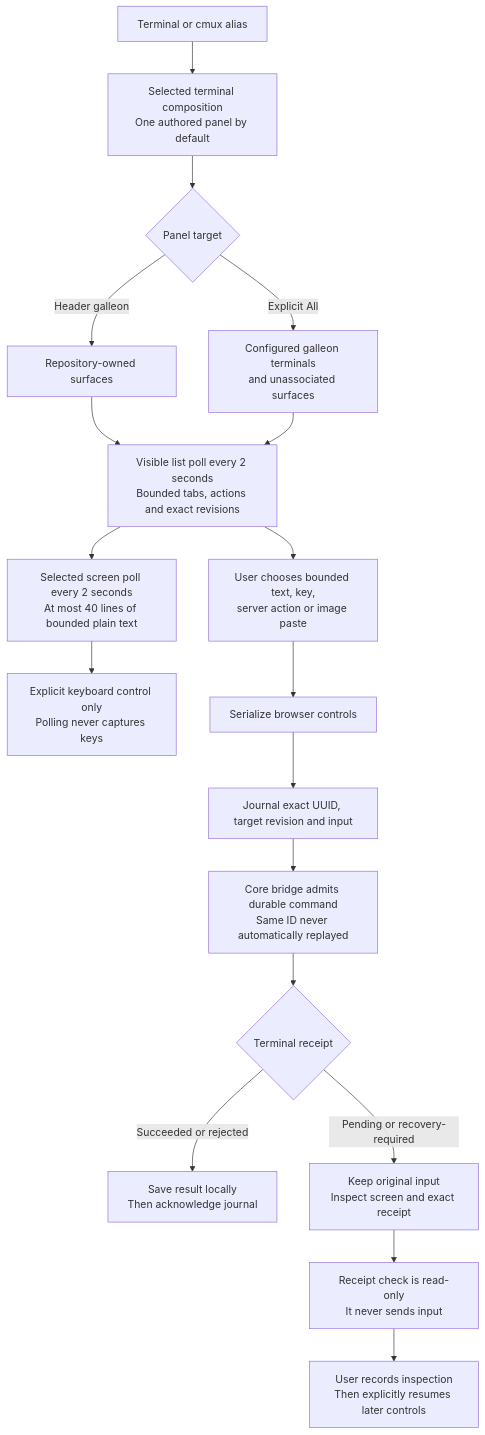
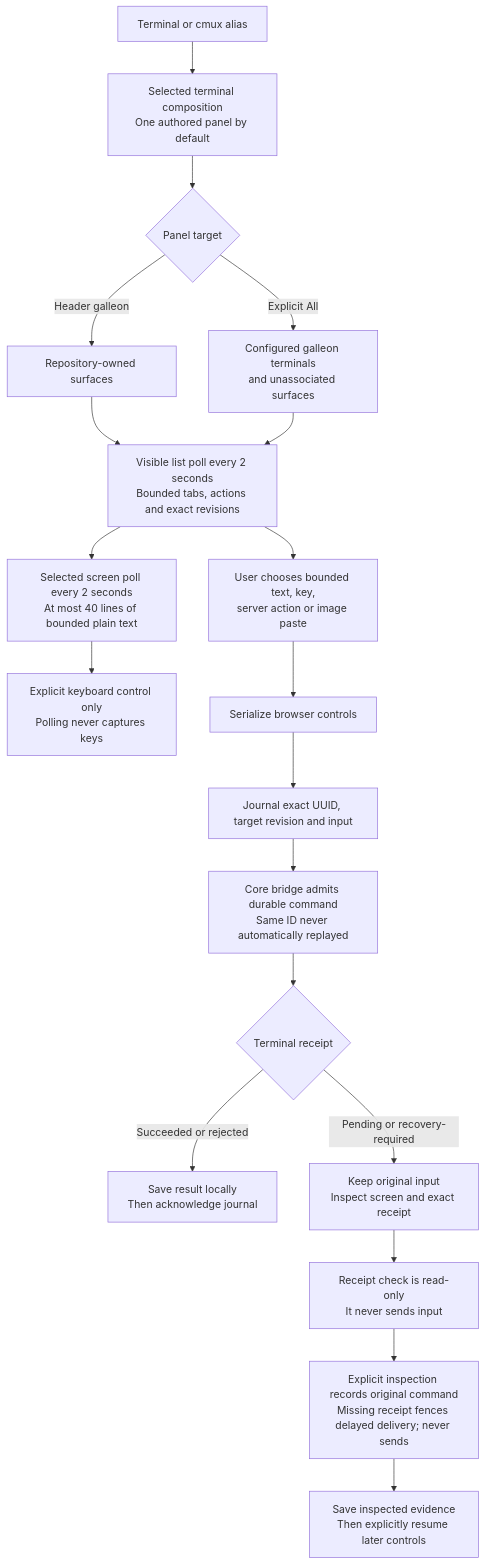
One commit to nloehlein-godaddy/helmsman changed the eighth of 12 diagrams in docs/helmsman-process.md. Above: the diagram before and after it, drawn with Mermaid. The commit also changed 13 other files, not shown here.

Commit message:
Recover undelivered terminal controls through explicit inspection

````diff
--- a/docs/helmsman-process.md
+++ b/docs/helmsman-process.md
@@ -209,20 +209,21 @@
 ```mermaid
 flowchart TD
     Alias[Terminal or cmux alias] --> Page[Selected terminal composition<br/>One authored panel by default]
     Page --> Scope{Panel target}
     Scope -->|Header galleon| Repo[Repository-owned surfaces]
     Scope -->|Explicit All| Global[Configured galleon terminals<br/>and unassociated surfaces]
     Repo --> List
     Global --> List
     List[Visible list poll every 2 seconds<br/>Bounded tabs, actions and exact revisions] --> Screen[Selected screen poll every 2 seconds<br/>At most 40 lines of bounded plain text]
     Screen --> Capture[Explicit keyboard control only<br/>Polling never captures keys]
     List --> Control[User chooses bounded text, key,<br/>server action or image paste]
     Control --> Serialize[Serialize browser controls]
     Serialize --> Journal[Journal exact UUID, target revision and input]
     Journal --> Durable[Core bridge admits durable command<br/>Same ID never automatically replayed]
     Durable --> Receipt{Terminal receipt}
     Receipt -->|Succeeded or rejected| Save[Save result locally<br/>Then acknowledge journal]
     Receipt -->|Pending or recovery-required| Inspect[Keep original input<br/>Inspect screen and exact receipt]
     Inspect --> Check[Receipt check is read-only<br/>It never sends input]
-    Check --> Resume[User records inspection<br/>Then explicitly resumes later controls]
+    Check --> Fence[Explicit inspection records original command<br/>Missing receipt fences delayed delivery; never sends]
+    Fence --> Resume[Save inspected evidence<br/>Then explicitly resume later controls]
 ```
````
